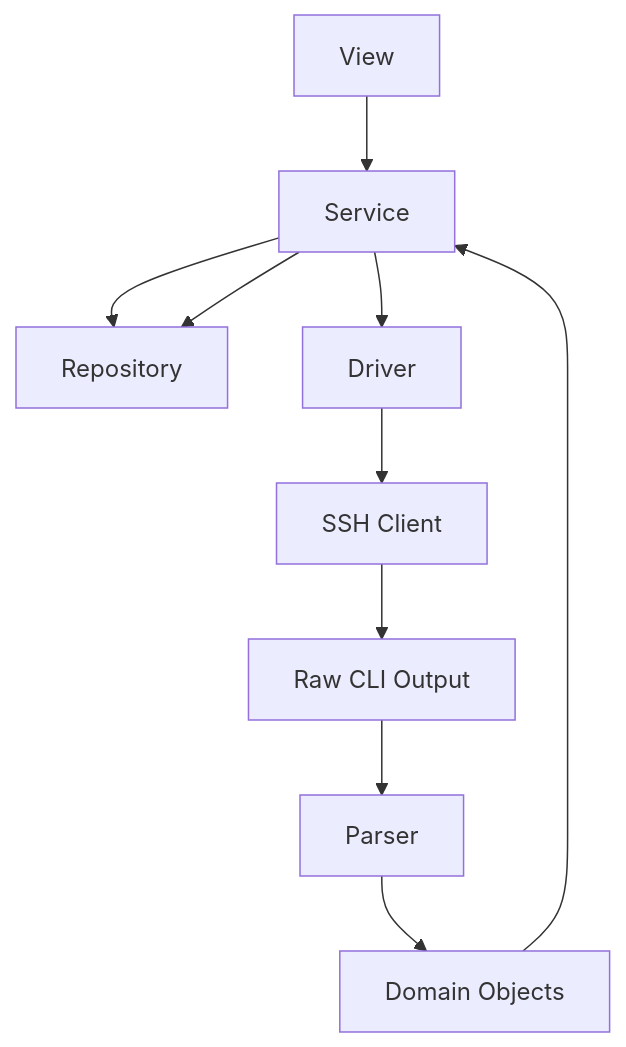
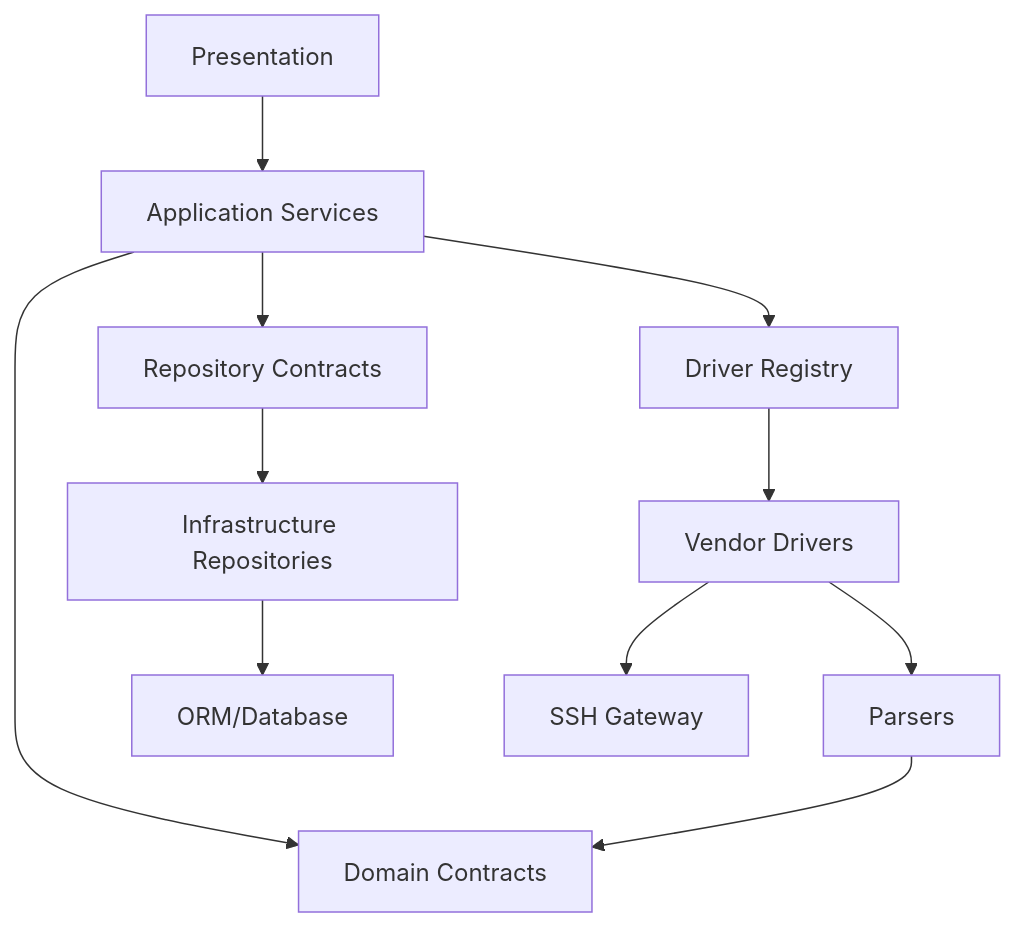
The diagram in docs/ARCHITECTURE.md (taboaneiros/OpenNetManager), drawn with Mermaid before and after one commit. The commit also changed other lines of this file, not shown here.

First line of the commit message:
Revise architecture documentation for clarity and detail

````diff
--- a/docs/ARCHITECTURE.md
+++ b/docs/ARCHITECTURE.md
@@ -37,12 +121,13 @@
 ```mermaid
 flowchart TD
-    A[View] --> B[Service]
-    B --> C[Repository]
-    B --> D[Driver]
-    D --> E[SSH Client]
-    E --> F[Raw CLI Output]
-    F --> G[Parser]
-    G --> H[Domain Objects]
-    H --> B
-    B --> C
+    P[Presentation] --> A[Application Services]
+    A --> D[Domain Contracts]
+    A --> R[Repository Contracts]
+    A --> G[Driver Registry]
+    R --> I[Infrastructure Repositories]
+    G --> V[Vendor Drivers]
+    V --> S[SSH Gateway]
+    V --> PA[Parsers]
+    I --> O[ORM/Database]
+    PA --> D
 ```
````
